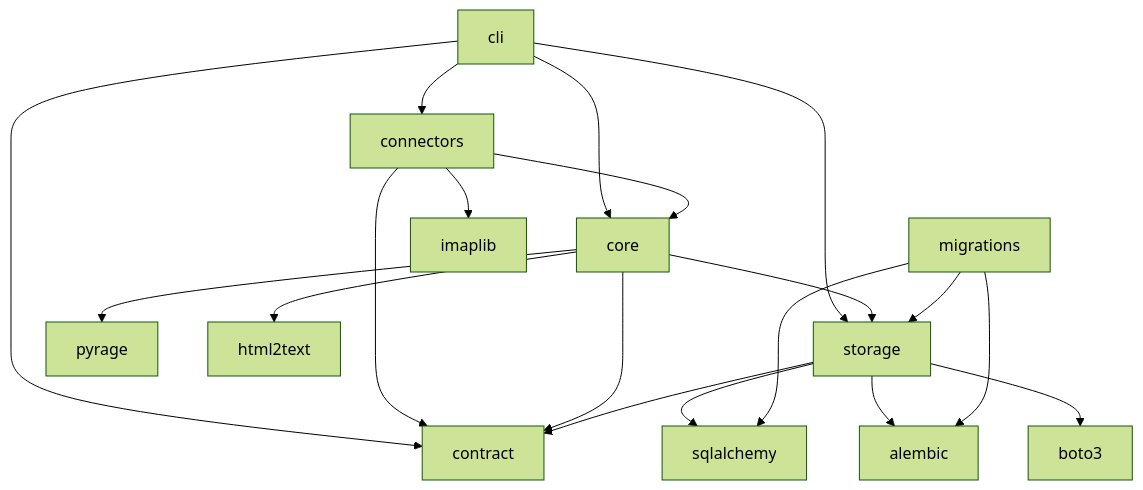
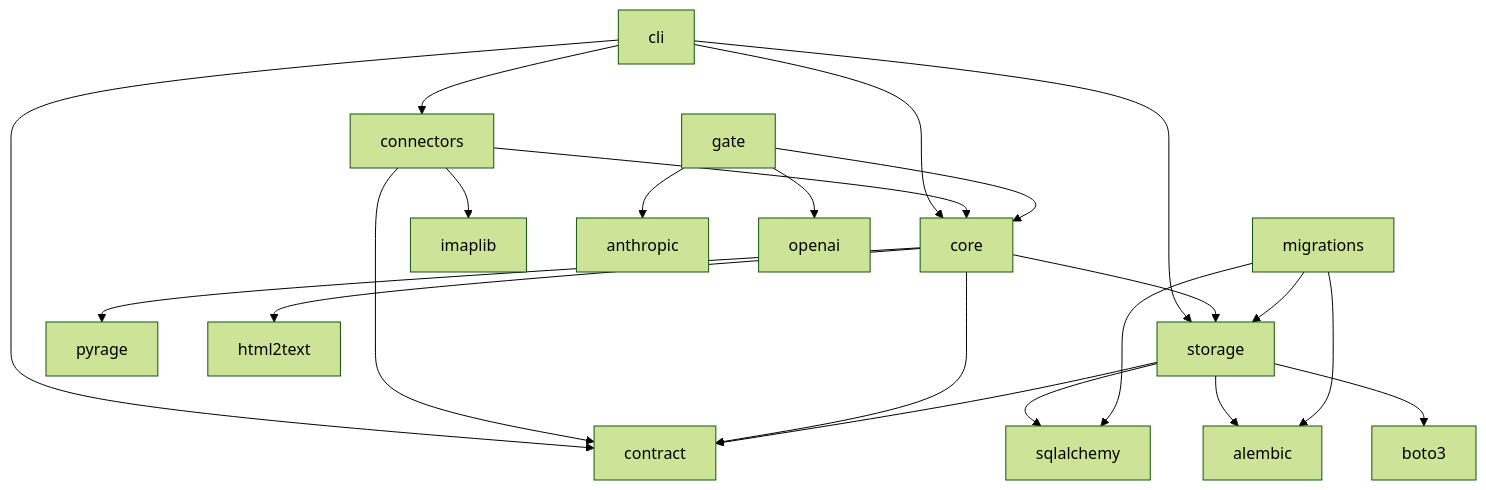
The diagram in docs/explanation/module-boundaries.md (jensens/previously), drawn with Mermaid (forest theme) before and after one commit. The commit also changed other lines of this file and 12 other files, not shown here.

````diff
--- a/docs/explanation/module-boundaries.md
+++ b/docs/explanation/module-boundaries.md
@@ -27,23 +31,26 @@
 ```{mermaid}
-:caption: The import edges on 2026-10-06: ten between its own modules, and not one of them exempted. Eight arrows leave the package.
+:caption: The import edges on 2026-10-09: eleven between its own modules, and not one of them exempted. Ten arrows leave the package.
 
 graph TD
     cli[cli] --> connectors[connectors]
     cli --> core[core]
     cli --> storage[storage]
     cli --> contract[contract]
     connectors --> core
     connectors --> contract
     core --> storage
     core --> contract
     migrations[migrations] --> storage
     storage --> contract
     storage --> sqlalchemy[sqlalchemy]
     storage --> alembic[alembic]
     migrations --> sqlalchemy
     migrations --> alembic
     core --> pyrage[pyrage]
     storage --> boto3[boto3]
     core --> html2text[html2text]
     connectors --> imaplib[imaplib]
+    gate --> core
+    gate --> anthropic[anthropic]
+    gate --> openai[openai]
 ```
````
